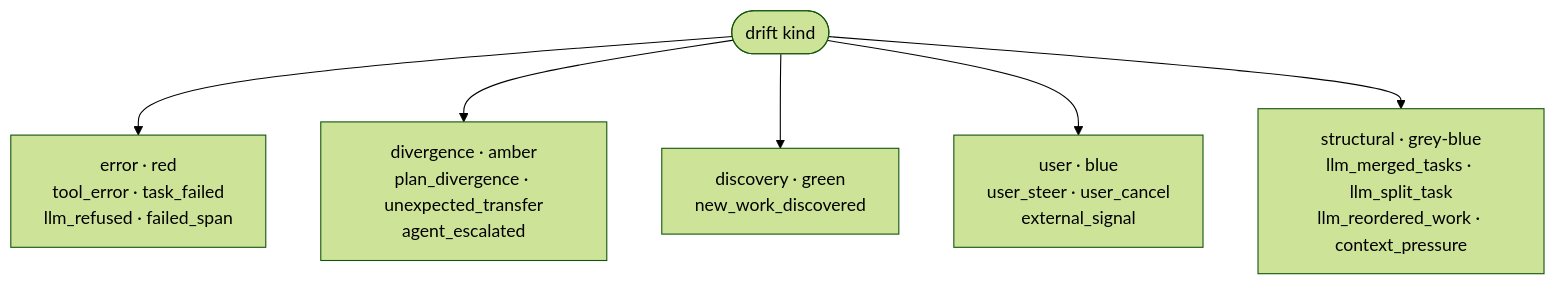
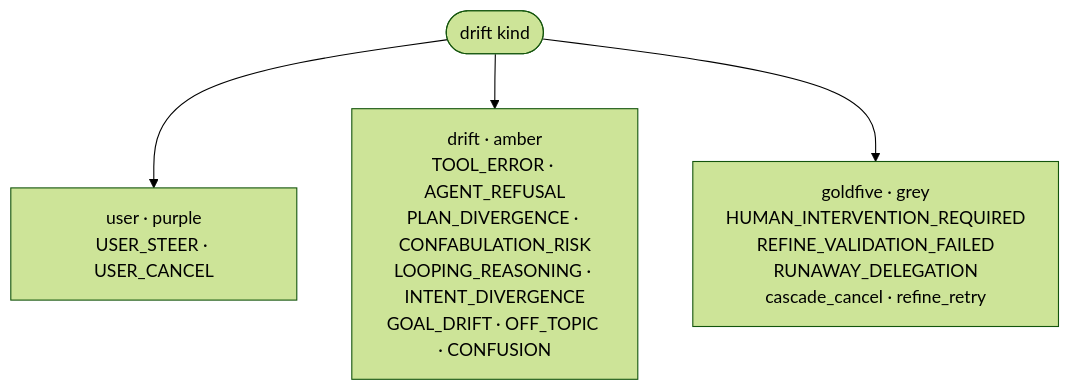
One commit to pedapudi/harmonograf changed the second of 3 diagrams in docs/user-guide/tasks-and-plans.md. Above: the diagram before and after it, drawn with Mermaid (forest theme). The commit also changed other lines of this file and 55 other files, not shown here.

````diff
--- a/docs/user-guide/tasks-and-plans.md
+++ b/docs/user-guide/tasks-and-plans.md
@@ -161,9 +197,7 @@
 ```mermaid
 flowchart TD
     Drift([drift kind])
-    Drift --> Error[error · red<br/>tool_error · task_failed<br/>llm_refused · failed_span]
-    Drift --> Diverge[divergence · amber<br/>plan_divergence · unexpected_transfer<br/>agent_escalated]
-    Drift --> Discover[discovery · green<br/>new_work_discovered]
-    Drift --> User[user · blue<br/>user_steer · user_cancel<br/>external_signal]
-    Drift --> Struct[structural · grey-blue<br/>llm_merged_tasks · llm_split_task<br/>llm_reordered_work · context_pressure]
+    Drift --> UserSrc[user · purple<br/>USER_STEER · USER_CANCEL]
+    Drift --> DriftSrc[drift · amber<br/>TOOL_ERROR · AGENT_REFUSAL<br/>PLAN_DIVERGENCE · CONFABULATION_RISK<br/>LOOPING_REASONING · INTENT_DIVERGENCE<br/>GOAL_DRIFT · OFF_TOPIC · CONFUSION]
+    Drift --> Gf[goldfive · grey<br/>HUMAN_INTERVENTION_REQUIRED<br/>REFINE_VALIDATION_FAILED<br/>RUNAWAY_DELEGATION<br/>cascade_cancel · refine_retry]
 ```
````
